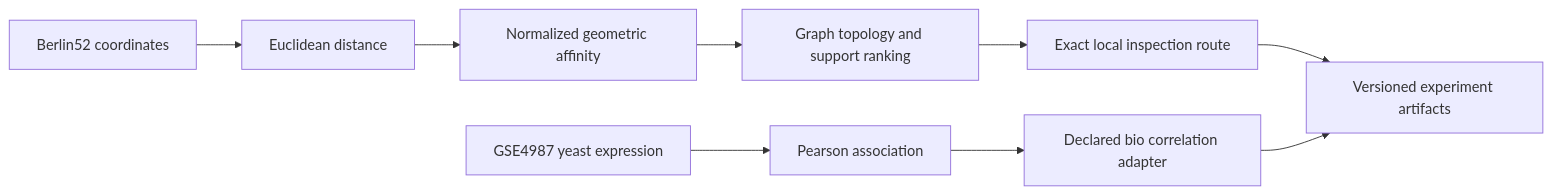
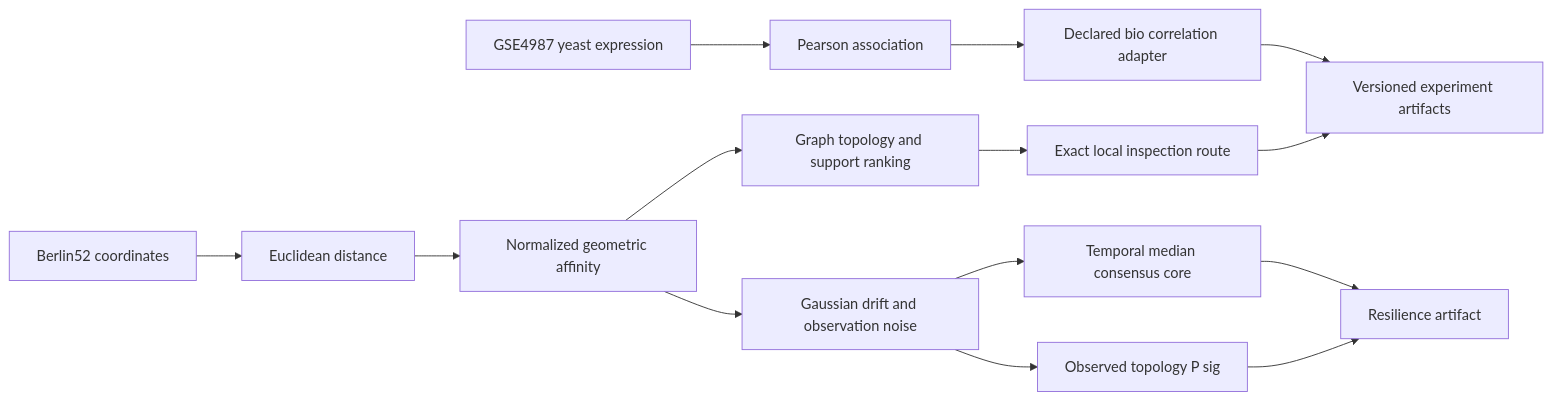
The diagram in docs/ARCHITECTURE.md (samajonathan9-source/Ratiss-Jonathan-Labs-), drawn with Mermaid before and after one commit. The commit also changed other lines of this file and 12 other files, not shown here.

Commit message:
feat: add Berlin52 topology resilience experiment

````diff
--- a/docs/ARCHITECTURE.md
+++ b/docs/ARCHITECTURE.md
@@ -3,11 +3,16 @@
 ```mermaid
 flowchart LR
   A[Berlin52 coordinates] --> B[Euclidean distance]
   B --> C[Normalized geometric affinity]
   C --> D[Graph topology and support ranking]
   D --> E[Exact local inspection route]
+  C --> J[Gaussian drift and observation noise]
+  J --> K[Observed topology P sig]
+  J --> L[Temporal median consensus core]
   F[GSE4987 yeast expression] --> G[Pearson association]
   G --> H[Declared bio correlation adapter]
   E --> I[Versioned experiment artifacts]
   H --> I
+  K --> M[Resilience artifact]
+  L --> M
 ```
````
